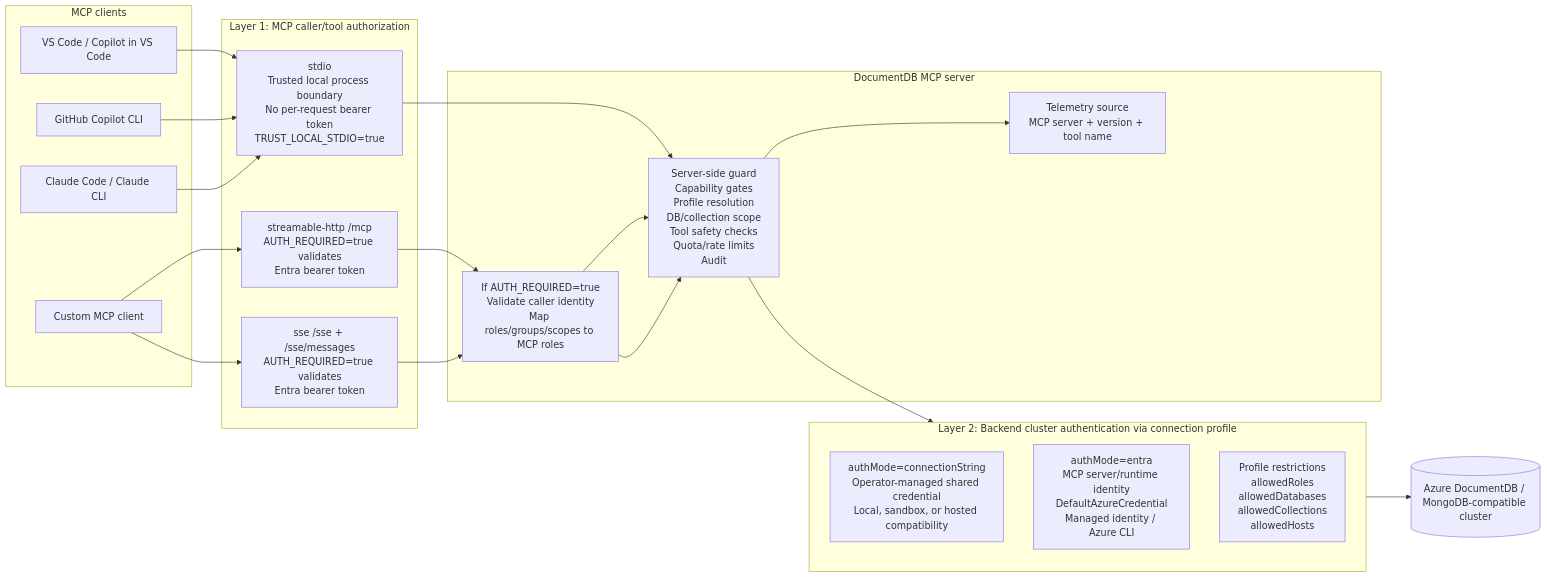
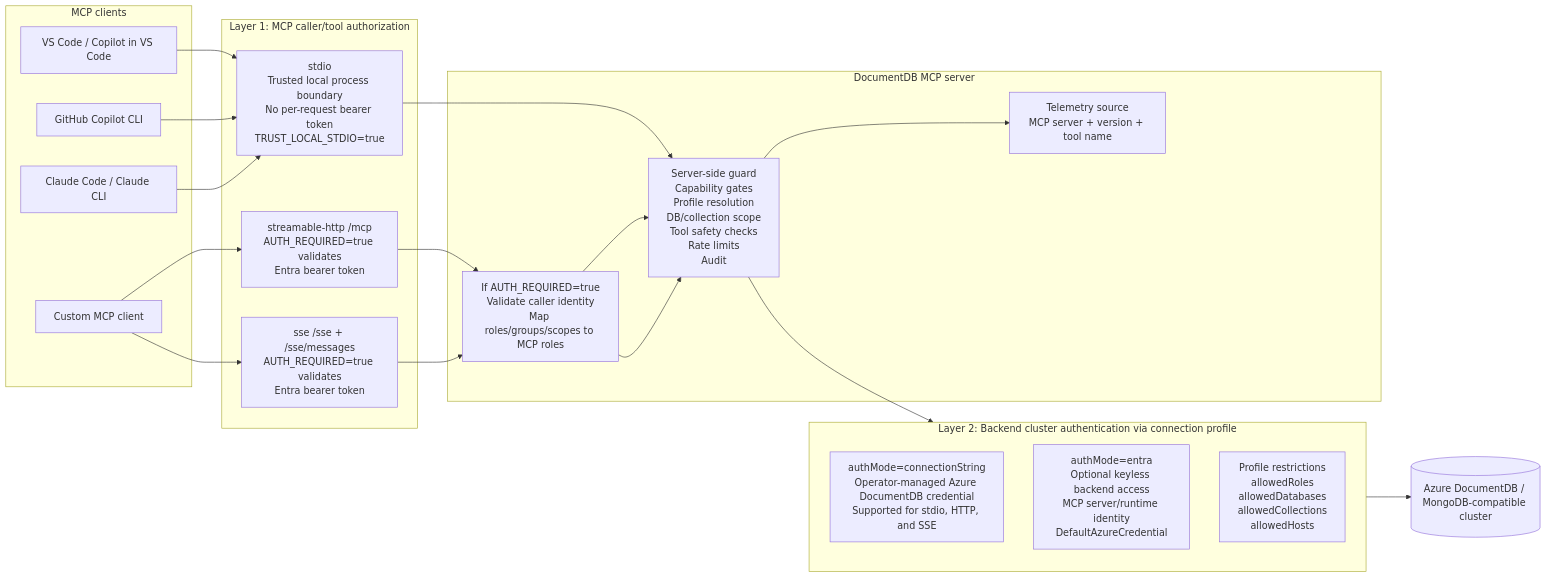
Before and after one commit to microsoft/documentdb-mcp: the diagram in docs/design-doc.md, drawn with Mermaid. The commit also changed other lines of this file and 3 other files, not shown here.

````diff
--- a/docs/design-doc.md
+++ b/docs/design-doc.md
@@ -16,42 +16,42 @@
 ```mermaid
 flowchart LR
   subgraph Clients["MCP clients"]
     VS["VS Code / Copilot in VS Code"]
     GH["GitHub Copilot CLI"]
     CC["Claude Code / Claude CLI"]
     Custom["Custom MCP client"]
   end
 
   subgraph CallerAuth["Layer 1: MCP caller/tool authorization"]
     Stdio["stdio<br/>Trusted local process boundary<br/>No per-request bearer token<br/>TRUST_LOCAL_STDIO=true"]
     Http["streamable-http /mcp<br/>AUTH_REQUIRED=true validates<br/>Entra bearer token"]
     Sse["sse /sse + /sse/messages<br/>AUTH_REQUIRED=true validates<br/>Entra bearer token"]
   end
 
   subgraph Server["DocumentDB MCP server"]
     Auth["If AUTH_REQUIRED=true<br/>Validate caller identity<br/>Map roles/groups/scopes to MCP roles"]
-    Guard["Server-side guard<br/>Capability gates<br/>Profile resolution<br/>DB/collection scope<br/>Tool safety checks<br/>Quota/rate limits<br/>Audit"]
+    Guard["Server-side guard<br/>Capability gates<br/>Profile resolution<br/>DB/collection scope<br/>Tool safety checks<br/>Rate limits<br/>Audit"]
     Telemetry["Telemetry source<br/>MCP server + version + tool name"]
   end
 
   subgraph Profiles["Layer 2: Backend cluster authentication via connection profile"]
-    LocalProfile["authMode=connectionString<br/>Operator-managed shared credential<br/>Local, sandbox, or hosted compatibility"]
-    EntraProfile["authMode=entra<br/>MCP server/runtime identity<br/>DefaultAzureCredential<br/>Managed identity / Azure CLI"]
+    LocalProfile["authMode=connectionString<br/>Operator-managed Azure DocumentDB credential<br/>Supported for stdio, HTTP, and SSE"]
+    EntraProfile["authMode=entra<br/>Optional keyless backend access<br/>MCP server/runtime identity<br/>DefaultAzureCredential"]
     ScopedProfile["Profile restrictions<br/>allowedRoles<br/>allowedDatabases<br/>allowedCollections<br/>allowedHosts"]
   end
 
   DB[("Azure DocumentDB / MongoDB-compatible cluster")]
 
   VS --> Stdio
   GH --> Stdio
   CC --> Stdio
   Custom --> Http
   Custom --> Sse
   Stdio --> Guard
   Http --> Auth --> Guard
   Sse --> Auth
   Auth --> Guard
   Guard --> Telemetry
   Guard --> Profiles
   Profiles --> DB
 ```
````
